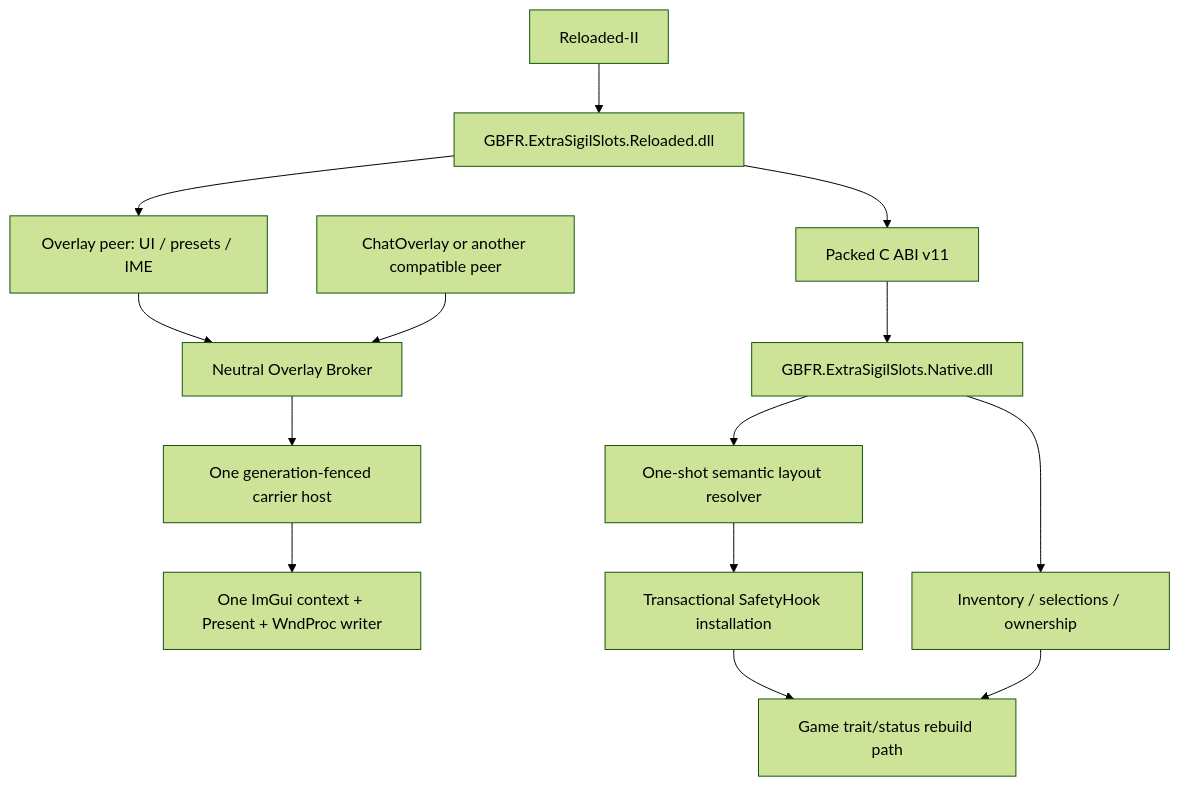
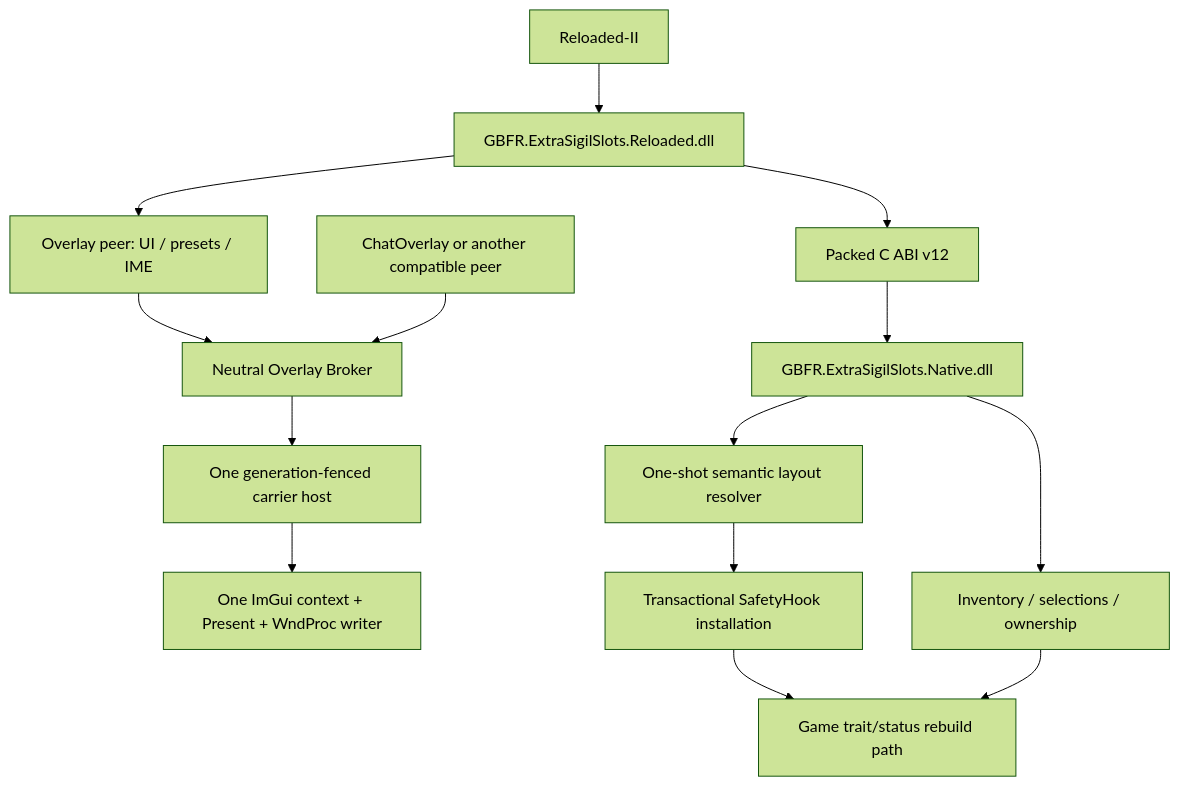
One commit to baagod/GBFR-Pre-Equipped-Sigils changed the first of 3 diagrams in docs/GBFR-Extra-Sigil-Slots-technical-handoff.zh-CN.md. Above: the diagram before and after it, drawn with Mermaid (forest theme). The commit also changed other lines of this file and 21 other files, not shown here.

````diff
--- a/docs/GBFR-Extra-Sigil-Slots-technical-handoff.zh-CN.md
+++ b/docs/GBFR-Extra-Sigil-Slots-technical-handoff.zh-CN.md
@@ -53,18 +54,18 @@
 ```mermaid
 flowchart TD
     R["Reloaded-II"] --> M["GBFR.ExtraSigilSlots.Reloaded.dll"]
-    M --> A["Packed C ABI v11"]
+    M --> A["Packed C ABI v12"]
     A --> N["GBFR.ExtraSigilSlots.Native.dll"]
 
     M --> P["Overlay peer: UI / presets / IME"]
     P --> B["Neutral Overlay Broker"]
     C["ChatOverlay or another compatible peer"] --> B
     B --> H["One generation-fenced carrier host"]
     H --> I["One ImGui context + Present + WndProc writer"]
 
     N --> L["One-shot semantic layout resolver"]
     L --> K["Transactional SafetyHook installation"]
     K --> G["Game trait/status rebuild path"]
     N --> S["Inventory / selections / ownership"]
     S --> G
 ```
````
